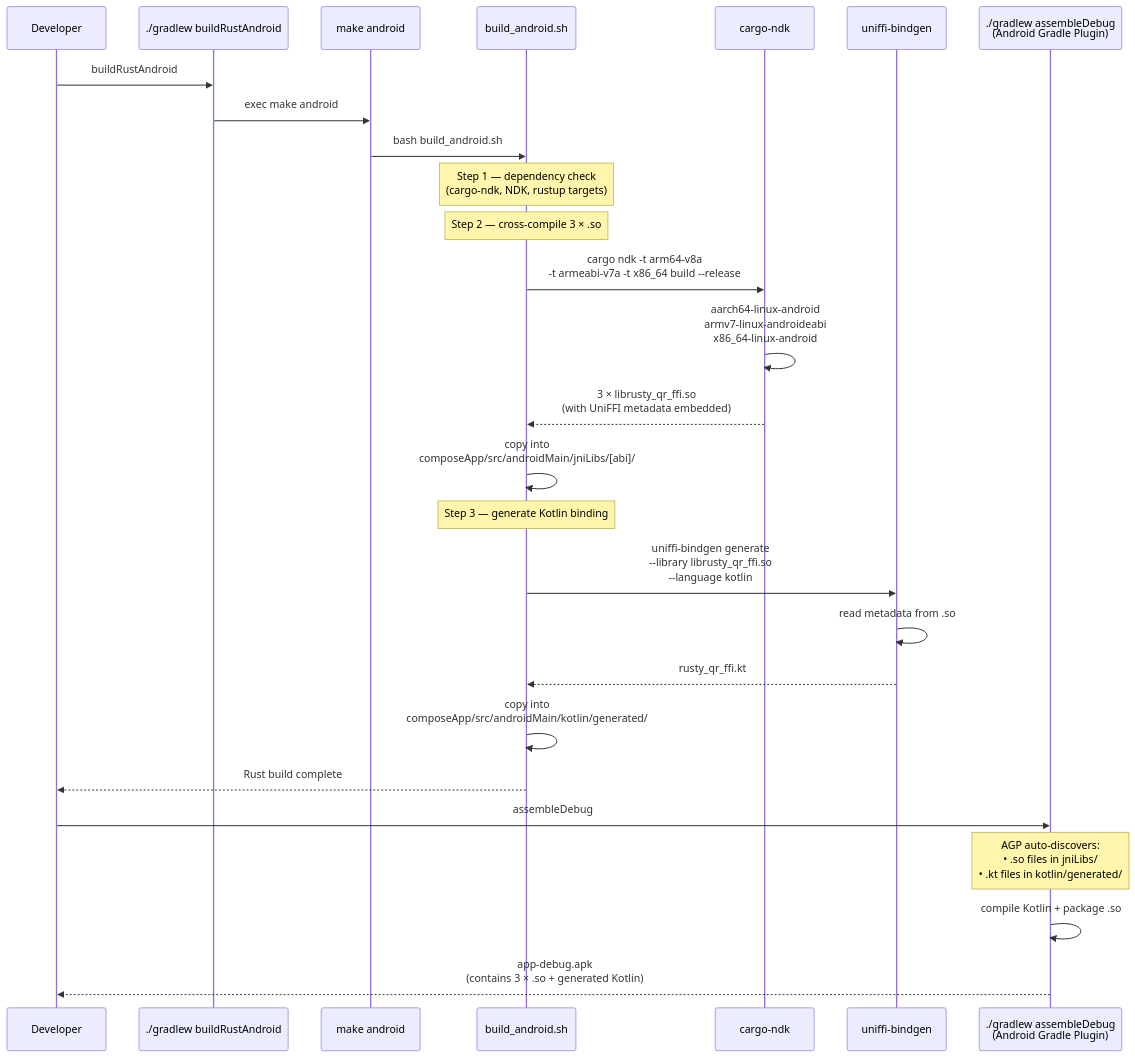
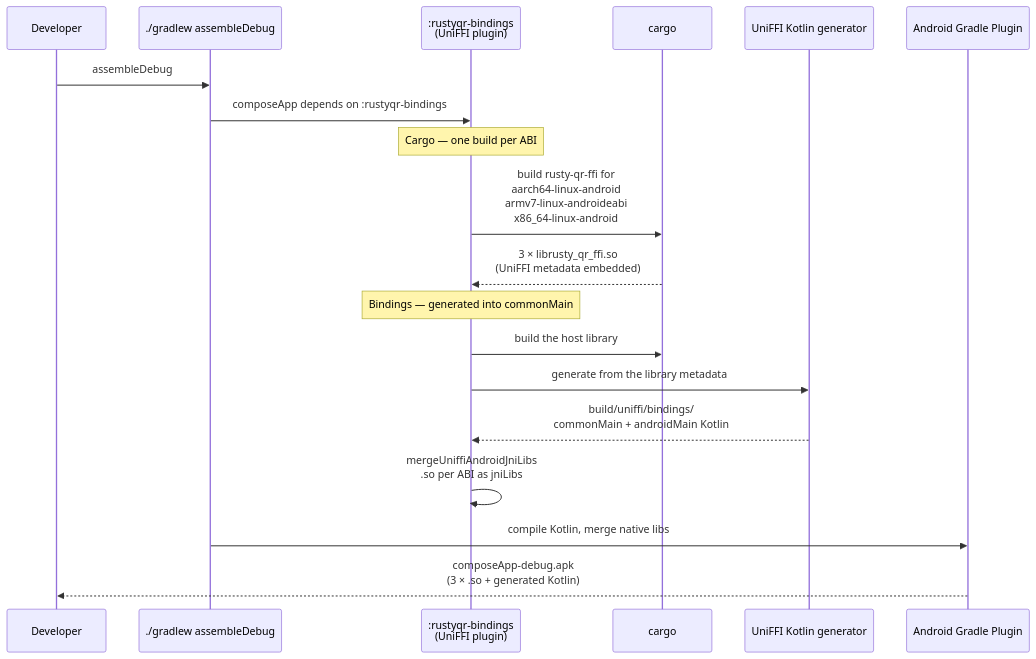
Before and after one commit to prasannajeet/RustyQR: the second of 7 diagrams in docs/ARCHITECTURE.md, drawn with Mermaid. The commit also changed other lines of this file and 25 other files, not shown here.

Commit message:
build(rust): remove the old build pipeline and rewrite ci and docs (#8)

````diff
--- a/docs/ARCHITECTURE.md
+++ b/docs/ARCHITECTURE.md
@@ -178,35 +235,26 @@
 ```mermaid
 sequenceDiagram
     participant Dev as Developer
-    participant G as ./gradlew buildRustAndroid
-    participant M as make android
-    participant S as build_android.sh
-    participant CNDK as cargo-ndk
-    participant UB as uniffi-bindgen
-    participant AGP as ./gradlew assembleDebug<br/>(Android Gradle Plugin)
+    participant G as ./gradlew assembleDebug
+    participant B as :rustyqr-bindings<br/>(UniFFI plugin)
+    participant C as cargo
+    participant UG as UniFFI Kotlin generator
+    participant AGP as Android Gradle Plugin
 
-    Dev->>G: buildRustAndroid
-    G->>M: exec make android
-    M->>S: bash build_android.sh
+    Dev->>G: assembleDebug
+    G->>B: composeApp depends on :rustyqr-bindings
 
-    Note over S: Step 1 — dependency check<br/>(cargo-ndk, NDK, rustup targets)
+    Note over B: Cargo — one build per ABI
+    B->>C: build rusty-qr-ffi for<br/>aarch64-linux-android<br/>armv7-linux-androideabi<br/>x86_64-linux-android
+    C-->>B: 3 × librusty_qr_ffi.so<br/>(UniFFI metadata embedded)
 
-    Note over S: Step 2 — cross-compile 3 × .so
-    S->>CNDK: cargo ndk -t arm64-v8a<br/>-t armeabi-v7a -t x86_64 build --release
-    CNDK->>CNDK: aarch64-linux-android<br/>armv7-linux-androideabi<br/>x86_64-linux-android
-    CNDK-->>S: 3 × librusty_qr_ffi.so<br/>(with UniFFI metadata embedded)
-    S->>S: copy into<br/>composeApp/src/androidMain/jniLibs/[abi]/
+    Note over B: Bindings — generated into commonMain
+    B->>C: build the host library
+    B->>UG: generate from the library metadata
+    UG-->>B: build/uniffi/bindings/<br/>commonMain + androidMain Kotlin
 
-    Note over S: Step 3 — generate Kotlin binding
-    S->>UB: uniffi-bindgen generate<br/>--library librusty_qr_ffi.so<br/>--language kotlin
-    UB->>UB: read metadata from .so
-    UB-->>S: rusty_qr_ffi.kt
-    S->>S: copy into<br/>composeApp/src/androidMain/kotlin/generated/
+    B->>B: mergeUniffiAndroidJniLibs<br/>.so per ABI as jniLibs
 
-    S-->>Dev: Rust build complete
-
-    Dev->>AGP: assembleDebug
-    Note over AGP: AGP auto-discovers:<br/>• .so files in jniLibs/<br/>• .kt files in kotlin/generated/
-    AGP->>AGP: compile Kotlin + package .so
-    AGP-->>Dev: app-debug.apk<br/>(contains 3 × .so + generated Kotlin)
+    G->>AGP: compile Kotlin, merge native libs
+    AGP-->>Dev: composeApp-debug.apk<br/>(3 × .so + generated Kotlin)
 ```
````
